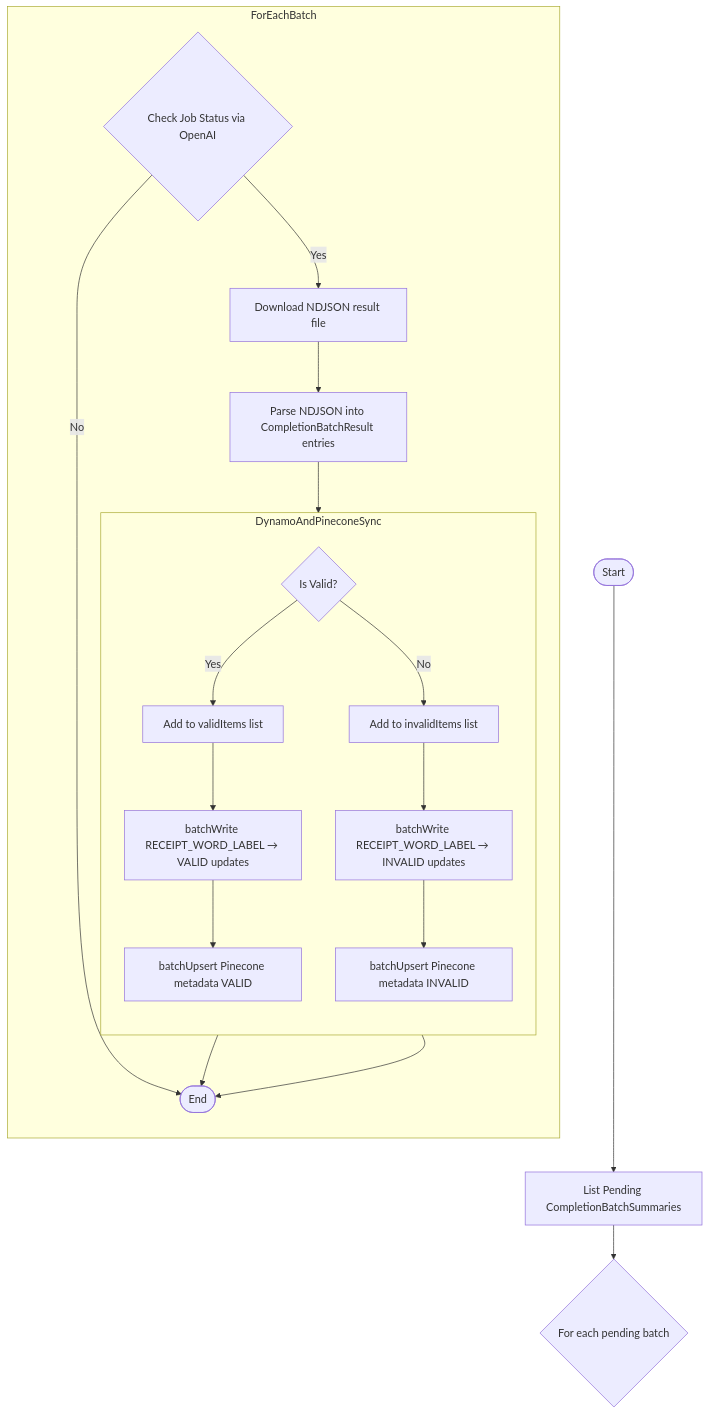
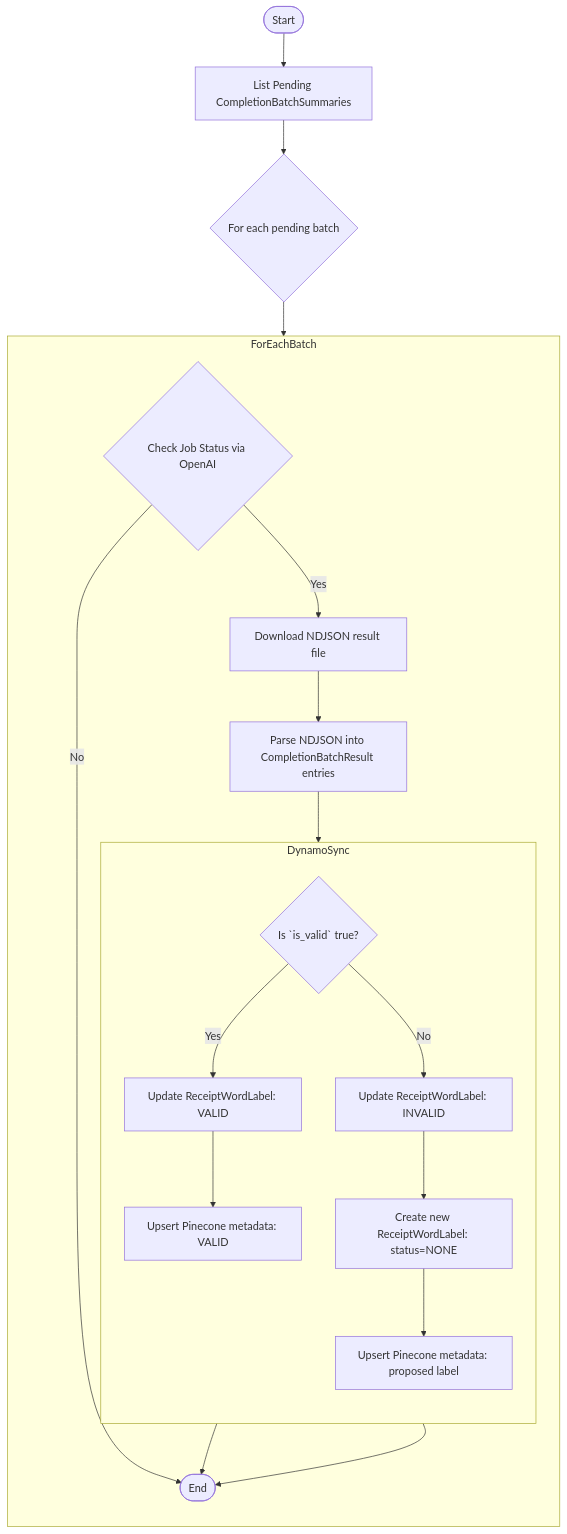
One commit to tnorlund/Portfolio changed the diagram in receipt_label/receipt_label/poll_completion_batch/README.md. Above: the diagram before and after it, drawn with Mermaid.

````diff
--- a/receipt_label/receipt_label/poll_completion_batch/README.md
+++ b/receipt_label/receipt_label/poll_completion_batch/README.md
@@ -17,30 +17,28 @@
 ```mermaid
-flowchart TB
-    Start([Start]) --> ListPending["List Pending CompletionBatchSummaries"]
-    ListPending --> MapBatches{"For each pending batch"}
+    flowchart TB
+        Start([Start]) --> ListPending["List Pending CompletionBatchSummaries"]
+        ListPending --> MapBatches{"For each pending batch"}
 
-    subgraph ForEachBatch
-        direction TB
-        CheckStatus{"Check Job Status via OpenAI"}
-        CheckStatus -- No --> End([End])
-        CheckStatus -- Yes --> Download["Download NDJSON result file"]
-        Download --> ParseResults["Parse NDJSON into CompletionBatchResult entries"]
-        ParseResults --> ForEachResult{"Is Valid?"}
+        subgraph ForEachBatch
+            direction TB
+            CheckStatus{"Check Job Status via OpenAI"}
+            CheckStatus -- No --> End([End])
+            CheckStatus -- Yes --> Download["Download NDJSON result file"]
+            Download --> ParseResults["Parse NDJSON into CompletionBatchResult entries"]
+            ParseResults --> ForEachResult{"Is `is_valid` true?"}
 
-        subgraph DynamoAndPineconeSync
-            direction TB
-            ForEachResult -- Yes --> AddValid["Add to validItems list"]
-            ForEachResult -- No -->  AddInvalid["Add to invalidItems list"]
+            subgraph DynamoSync
+                direction TB
+                ForEachResult -- Yes --> UpdateValid["Update ReceiptWordLabel: VALID"]
+                UpdateValid --> UpsertPineconeValid["Upsert Pinecone metadata: VALID"]
+                ForEachResult -- No --> UpdateInvalid["Update ReceiptWordLabel: INVALID"]
+                UpdateInvalid --> CreateProposed["Create new ReceiptWordLabel: status=NONE"]
+                CreateProposed --> UpsertPineconeInvalid["Upsert Pinecone metadata: proposed label"]
+            end
 
-            AddValid     --> WriteDynamoValid["batchWrite RECEIPT_WORD_LABEL → VALID updates"]
-            AddInvalid   --> WriteDynamoInvalid["batchWrite RECEIPT_WORD_LABEL → INVALID updates"]
-
-            WriteDynamoValid   --> UpsertPineconeValid["batchUpsert Pinecone metadata VALID"]
-            WriteDynamoInvalid --> UpsertPineconeInvalid["batchUpsert Pinecone metadata INVALID"]
+            UpsertPineconeValid --> End
+            UpsertPineconeInvalid --> End
         end
 
-    UpsertPineconeValid   --> End([End])
-    UpsertPineconeInvalid --> End
-
-    end
+        MapBatches --> ForEachBatch
 ```
````
